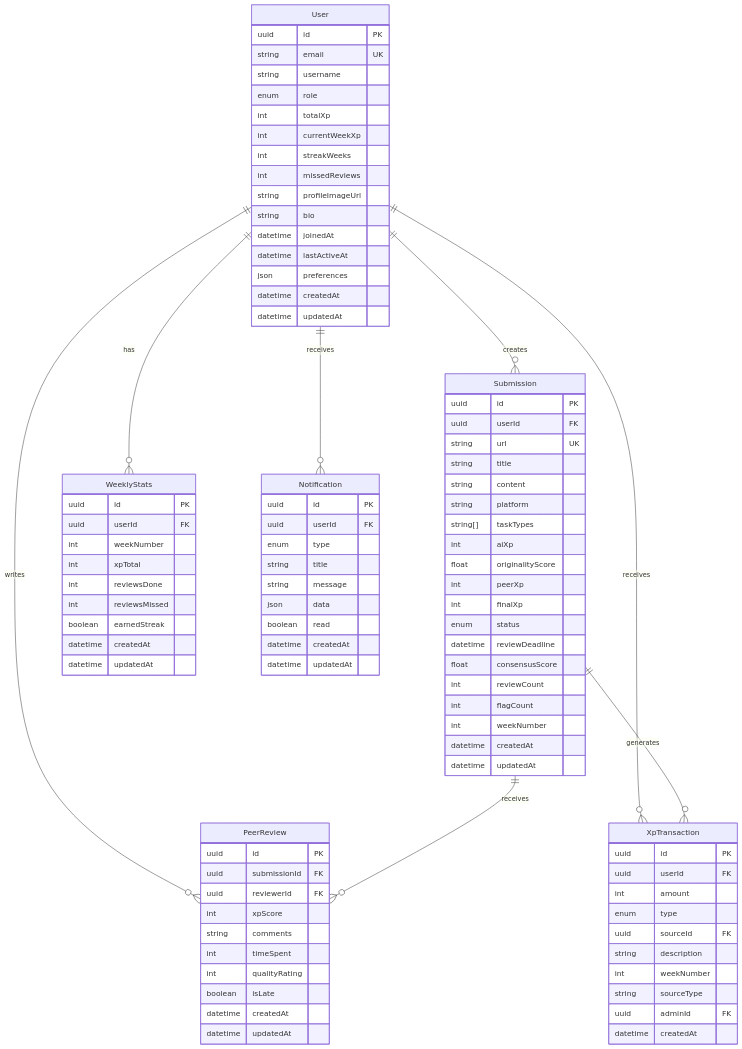
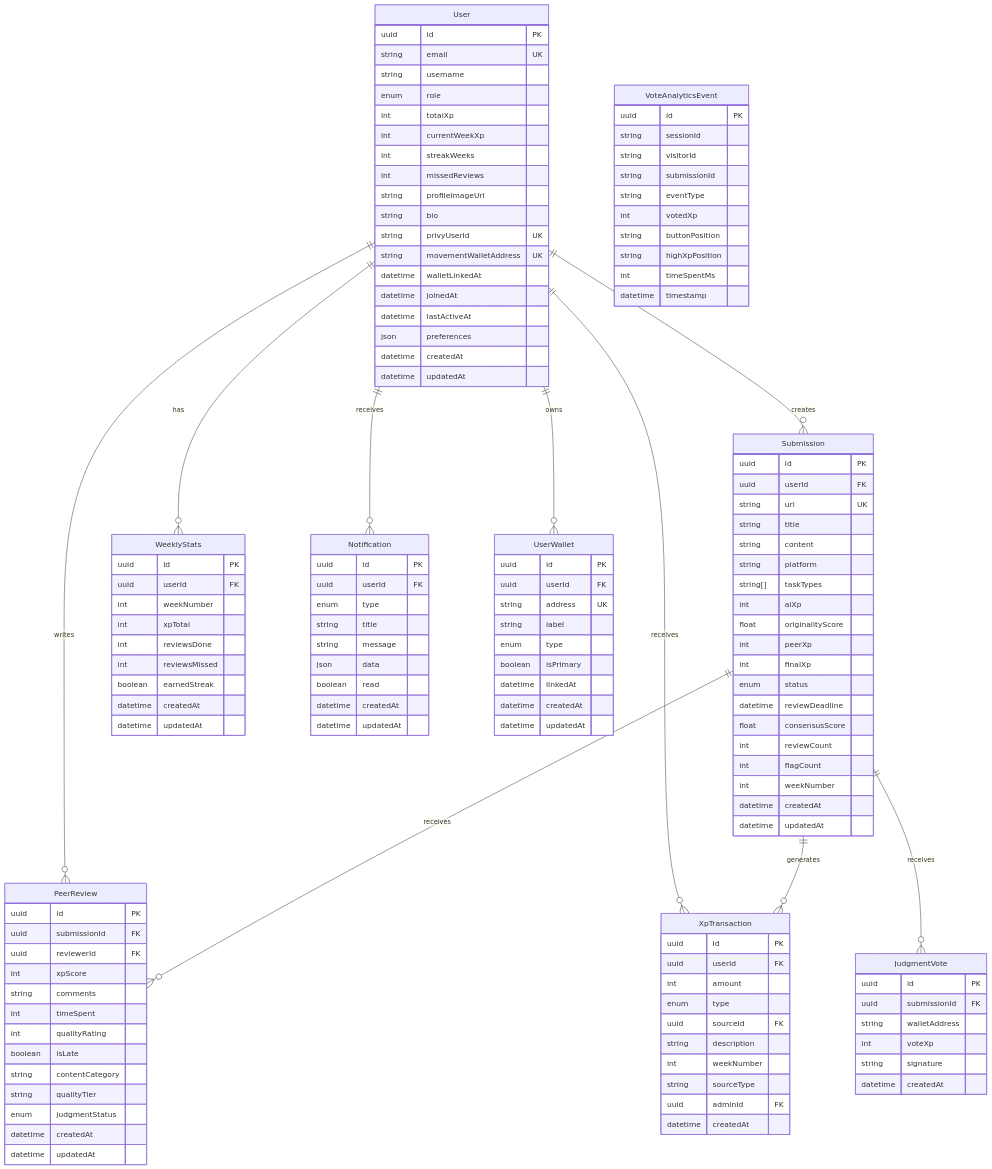
One commit to dimzachar/ScholarsXP changed the fifth of 10 diagrams in ARCHITECTURE.md. Above: the diagram before and after it, drawn with Mermaid. The commit also changed other lines of this file and 1 other file, not shown here.

Commit message:
docs: update architecture and features for on-chain voting system
- Add blockchain integration principle highlighting Movement Network on-chain voting
- Extend system architecture diagram with Vote Consensus Service component
- Add Movement Network, Shinami Gas Station, and Privy Auth to external services
- Update database schema with new entities: JudgmentVote, UserWallet, VoteAnalyticsEvent
- Add wallet-related fields to User model (privyUserId, movementWalletAddress, walletLinkedAt)
- Add judgment tracking fields to PeerReview model (contentCategory, qualityTier, judgmentStatus)
- Document community voting feature in README with on-chain voting and wallet integration
- Add environment variables for Privy, Shinami Gas Station, and Movement Network configuration
- Include comprehensive Community Voting System section explaining divergent score detection and consensus resolution
- Update tech stack table with blockchain, wallet auth, and gas sponsorship technologies

````diff
--- a/ARCHITECTURE.md
+++ b/ARCHITECTURE.md
@@ -218,6 +228,9 @@
         int missedReviews
         string profileImageUrl
         string bio
+        string privyUserId UK
+        string movementWalletAddress UK
+        datetime walletLinkedAt
         datetime joinedAt
         datetime lastActiveAt
         json preferences
@@ -256,6 +269,9 @@
         int timeSpent
         int qualityRating
         boolean isLate
+        string contentCategory
+        string qualityTier
+        enum judgmentStatus
         datetime createdAt
         datetime updatedAt
     }
@@ -297,11 +313,47 @@
         datetime updatedAt
     }
     
+    JudgmentVote {
+        uuid id PK
+        uuid submissionId FK
+        string walletAddress
+        int voteXp
+        string signature
+        datetime createdAt
+    }
+    
+    UserWallet {
+        uuid id PK
+        uuid userId FK
+        string address UK
+        string label
+        enum type
+        boolean isPrimary
+        datetime linkedAt
+        datetime createdAt
+        datetime updatedAt
+    }
+    
+    VoteAnalyticsEvent {
+        uuid id PK
+        string sessionId
+        string visitorId
+        string submissionId
+        string eventType
+        int votedXp
+        string buttonPosition
+        string highXpPosition
+        int timeSpentMs
+        datetime timestamp
+    }
+    
     User ||--o{ Submission : creates
     User ||--o{ PeerReview : writes
     User ||--o{ WeeklyStats : has
     User ||--o{ XpTransaction : receives
     User ||--o{ Notification : receives
+    User ||--o{ UserWallet : owns
     Submission ||--o{ PeerReview : receives
     Submission ||--o{ XpTransaction : generates
+    Submission ||--o{ JudgmentVote : receives
 ```
````
